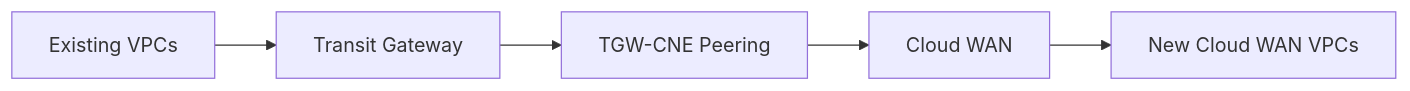
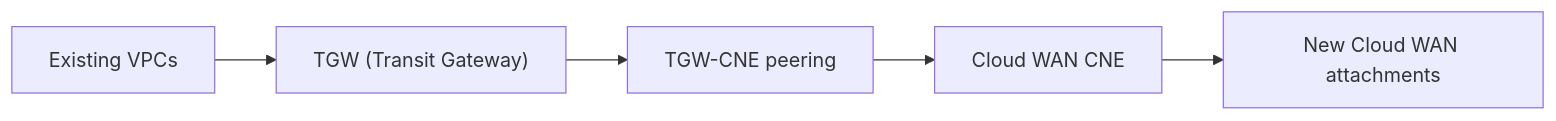
One commit to ccaiccie/knowledge changed the sixth of 9 diagrams in 09-05-26-09-57_AWS_Cloud_WAN_Comprehensive_Study_Guide.md. Above: the diagram before and after it, drawn with Mermaid. The commit also changed other lines of this file, not shown here.

Commit message:
Clarify AWS Cloud WAN acronyms and terminology

````diff
--- a/09-05-26-09-57_AWS_Cloud_WAN_Comprehensive_Study_Guide.md
+++ b/09-05-26-09-57_AWS_Cloud_WAN_Comprehensive_Study_Guide.md
@@ -660,7 +673,7 @@
 ```mermaid
 flowchart LR
-    VPC["Existing VPCs"] --> TGW["Transit Gateway"]
-    TGW --> PEER["TGW-CNE Peering"]
-    PEER --> CW["Cloud WAN"]
-    CW --> NEW["New Cloud WAN VPCs"]
+    VPC["Existing VPCs"] --> TGW["TGW (Transit Gateway)"]
+    TGW --> PEER["TGW-CNE peering"]
+    PEER --> CNE["Cloud WAN CNE"]
+    CNE --> NEW["New Cloud WAN attachments"]
 ```
````
